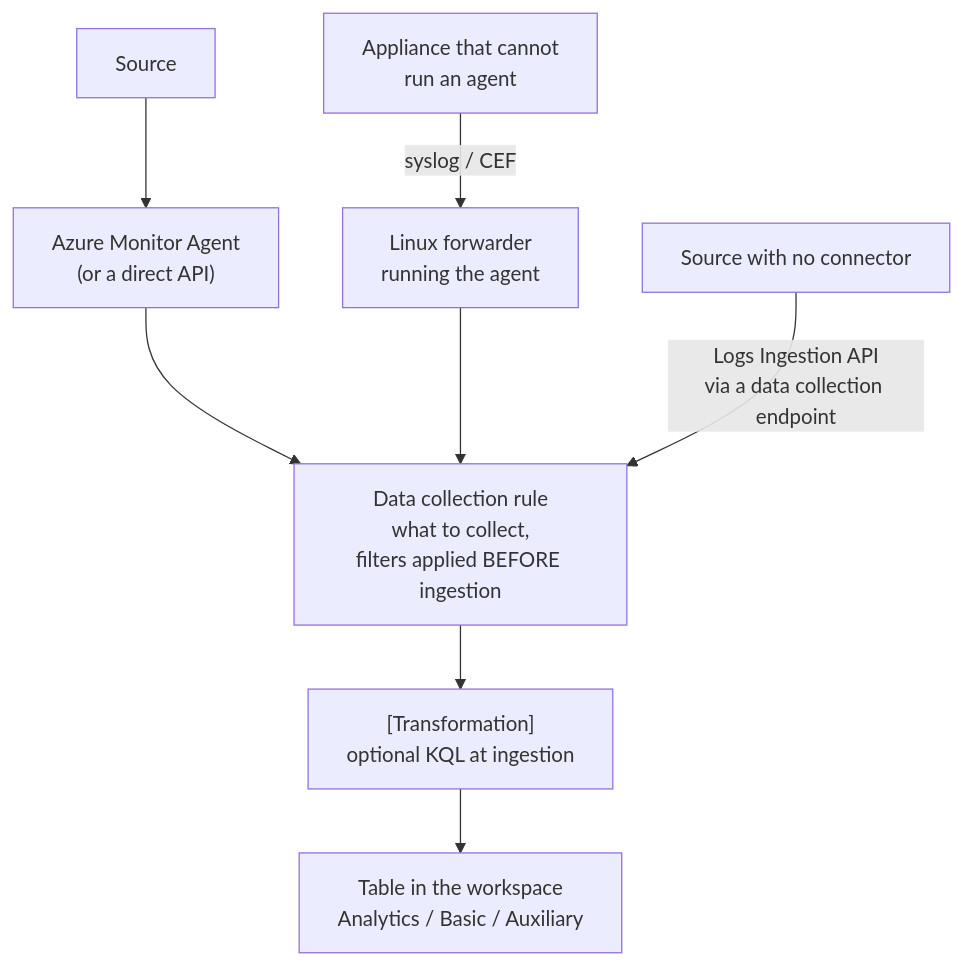
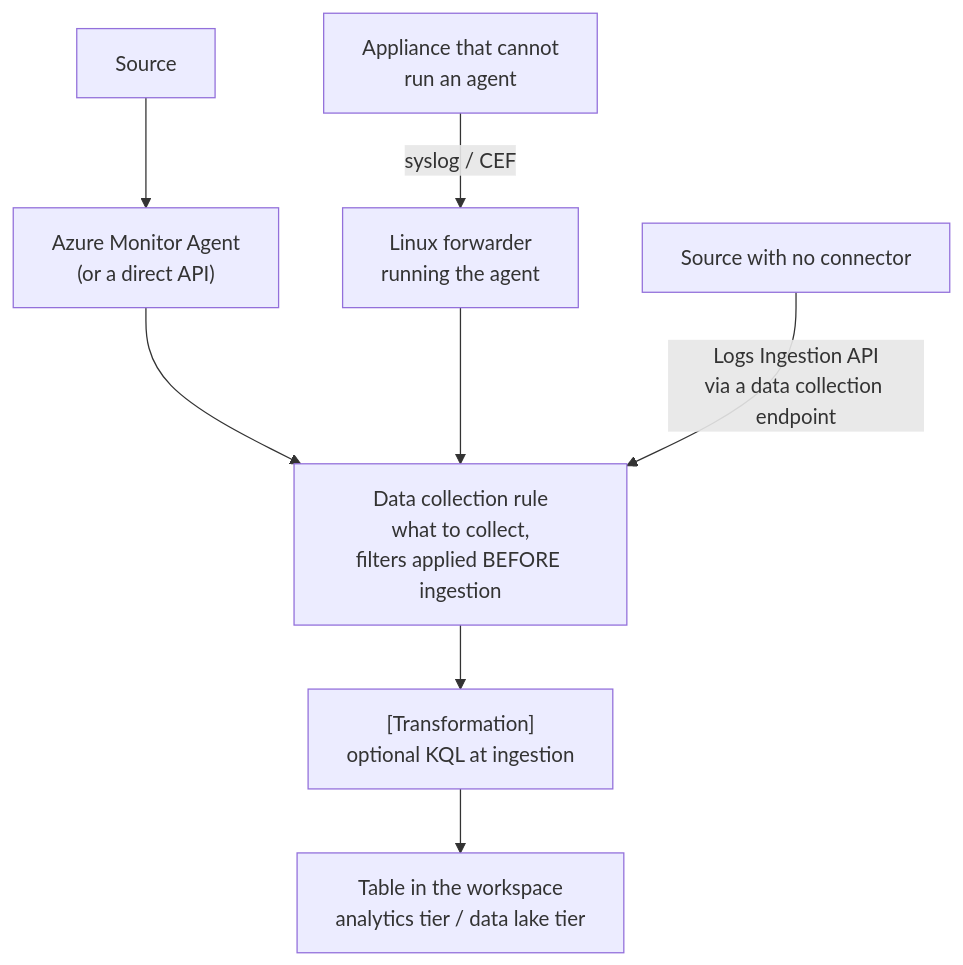
The second of 2 diagrams in content/04-security-posture/04-03-sentinel-data-connectors-and-collection.md (IronBranded/SC500-Academy), drawn with Mermaid before and after one commit. The commit also changed other lines of this file and 146 other files, not shown here.

Commit message:
Put the flowcharts inside the lessons that teach them

````diff
--- a/content/04-security-posture/04-03-sentinel-data-connectors-and-collection.md
+++ b/content/04-security-posture/04-03-sentinel-data-connectors-and-collection.md
@@ -75,12 +127,12 @@
 ```mermaid
 flowchart TD
   accTitle: Microsoft Sentinel collection pipeline
-  accDescr: Every source follows the same pipeline. The source reaches Azure Monitor Agent or a direct API, then a data collection rule decides what to collect and filters before ingestion, an optional transformation reshapes the data, and it lands in a table in the workspace on the Analytics, Basic or Auxiliary plan. Appliances that cannot run an agent send syslog or CEF to a Linux forwarder running the agent. Custom sources post to the Logs Ingestion API through a data collection endpoint into a table with the _CL suffix.
+  accDescr: Every source follows the same pipeline. The source reaches Azure Monitor Agent or a direct API, then a data collection rule decides what to collect and filters before ingestion, an optional transformation reshapes the data, and it lands in a table in the workspace, in the analytics tier or the data lake tier. Appliances that cannot run an agent send syslog or CEF to a Linux forwarder running the agent. Custom sources post to the Logs Ingestion API through a data collection endpoint into a table with the _CL suffix.
   SRC["Source"] --> AMA["Azure Monitor Agent<br/>(or a direct API)"]
   AMA --> DCR["Data collection rule<br/>what to collect,<br/>filters applied BEFORE ingestion"]:::d04
   DCR --> TR["[Transformation]<br/>optional KQL at ingestion"]:::d04
-  TR --> TBL["Table in the workspace<br/>Analytics / Basic / Auxiliary"]:::d04
+  TR --> TBL["Table in the workspace<br/>analytics tier / data lake tier"]:::d04
   APP["Appliance that cannot<br/>run an agent"] -- "syslog / CEF" --> FWD["Linux forwarder<br/>running the agent"]
   FWD --> DCR
   CUS["Source with no connector"] -- "Logs Ingestion API<br/>via a data collection endpoint" --> DCR
 ```
````
